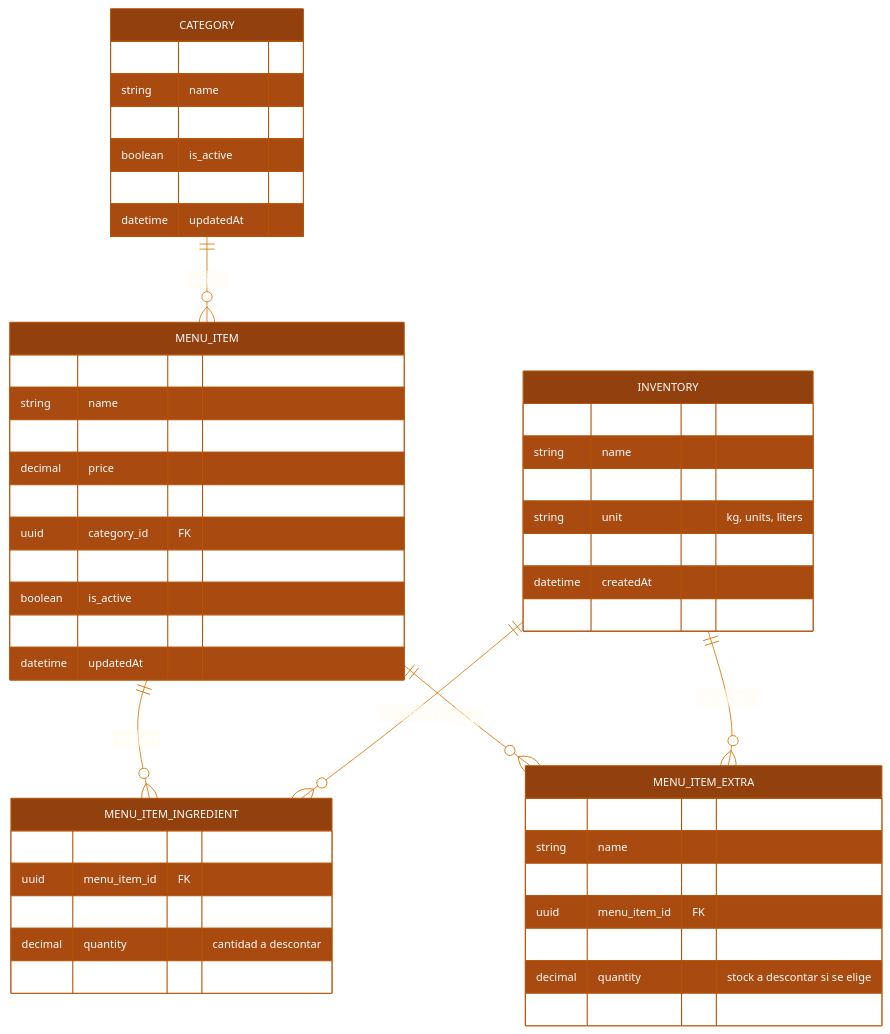
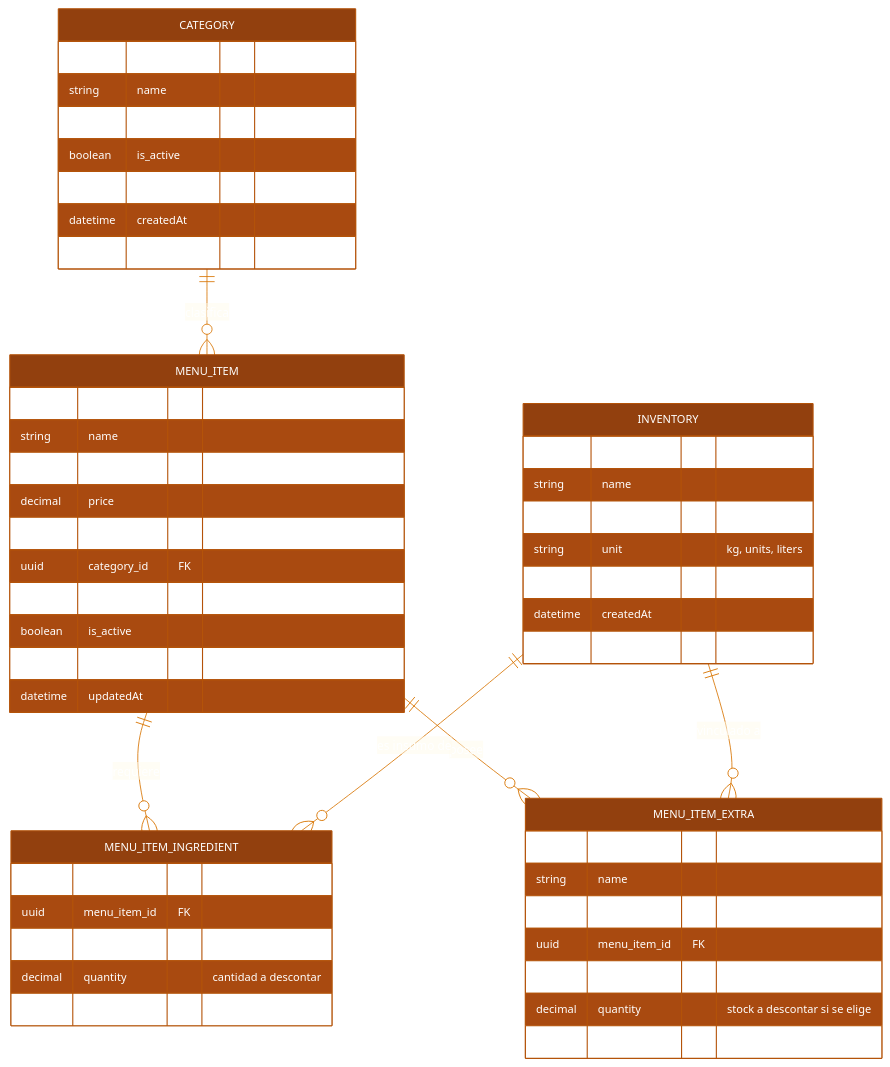
The third of 4 diagrams in Documentacion/DATABASE_SCHEMA.md (Hctr2002/Software-Restaurantes), drawn with Mermaid before and after one commit. The commit also changed other lines of this file and 9 other files, not shown here.

````diff
--- a/Documentacion/DATABASE_SCHEMA.md
+++ b/Documentacion/DATABASE_SCHEMA.md
@@ -152,71 +157,72 @@
 ```mermaid
 %%{init: {
   'theme': 'base',
   'themeVariables': {
     'primaryColor': '#92400e',
     'primaryTextColor': '#ffffff',
     'primaryBorderColor': '#b45309',
     'lineColor': '#d97706',
     'secondaryColor': '#10b981',
     'tertiaryColor': '#fffbeb',
     'fontFamily': 'Inter, sans-serif',
     'fontSize': '13px'
   }
 }}%%
 erDiagram
     CATEGORY ||--o{ MENU_ITEM : "clasifica"
     MENU_ITEM ||--o{ MENU_ITEM_INGREDIENT : "requiere"
     MENU_ITEM ||--o{ MENU_ITEM_EXTRA : "posee"
     INVENTORY ||--o{ MENU_ITEM_INGREDIENT : "es insumo de"
     INVENTORY ||--o{ MENU_ITEM_EXTRA : "vinculado a"
 
     CATEGORY {
         uuid id PK
         string name
         uuid restaurant_id FK
         boolean is_active
+        enum target_station "KITCHEN o BAR"
         datetime createdAt
         datetime updatedAt
     }
 
     MENU_ITEM {
         uuid id PK
         string name
         string description "nullable"
         decimal price
         string image_url "nullable, URL de Supabase Storage"
         uuid category_id FK
         uuid restaurant_id FK
         boolean is_active
         datetime createdAt
         datetime updatedAt
     }
 
     MENU_ITEM_INGREDIENT {
         uuid id PK
         uuid menu_item_id FK
         uuid inventory_id FK
         decimal quantity "cantidad a descontar"
         uuid restaurant_id FK
     }
 
     MENU_ITEM_EXTRA {
         uuid id PK
         string name
         decimal price
         uuid menu_item_id FK
         uuid inventory_id FK "nullable"
         decimal quantity "stock a descontar si se elige"
         uuid restaurant_id FK
     }
 
     INVENTORY {
         uuid id PK
         string name
         decimal stock
         string unit "kg, units, liters"
         uuid restaurant_id FK
         datetime createdAt
         datetime updatedAt
     }
 ```
````
